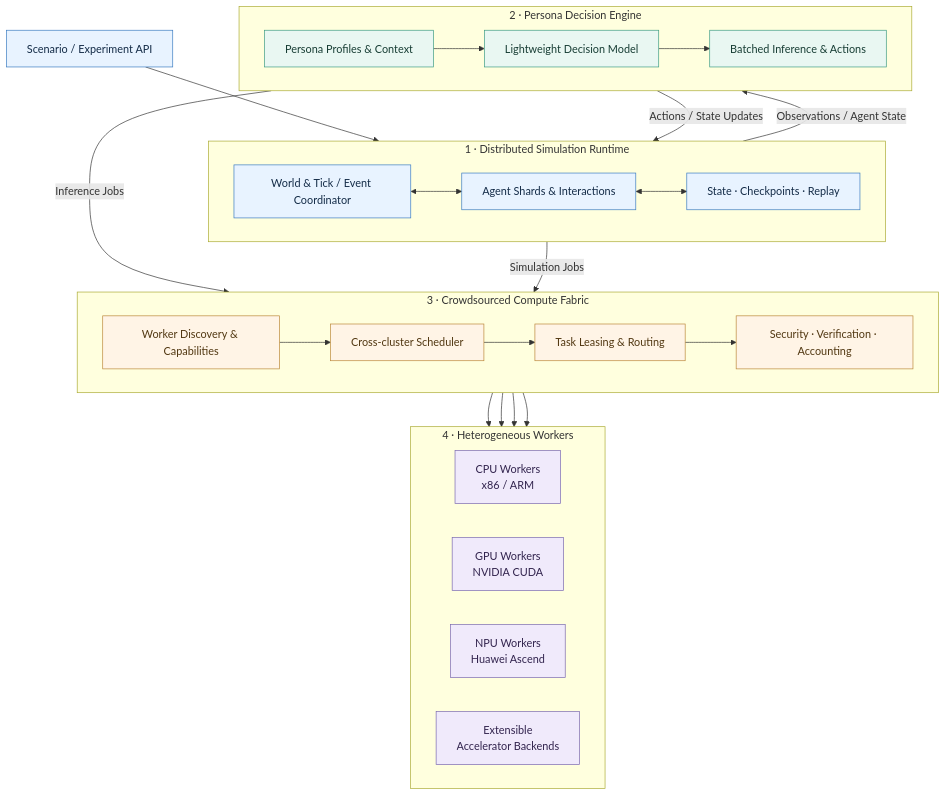
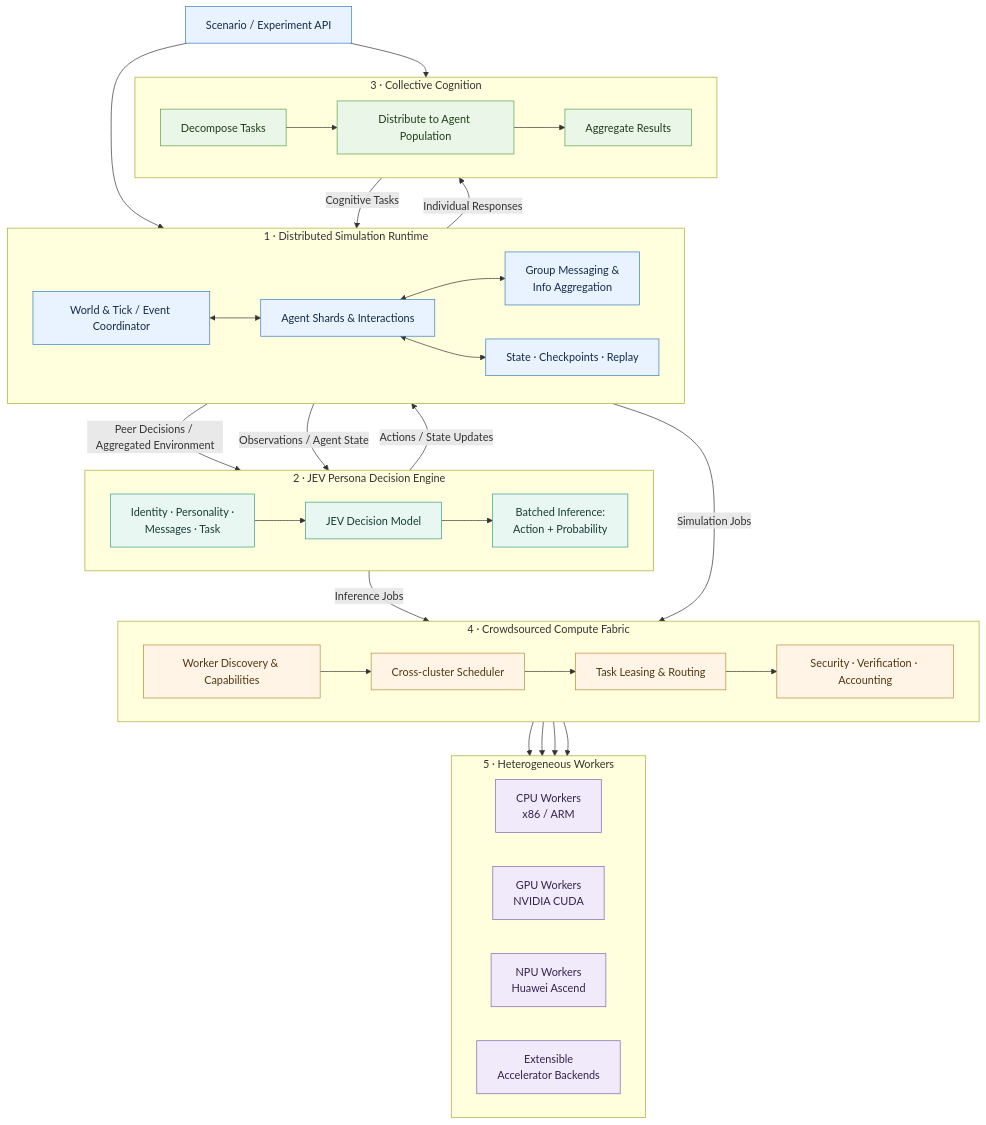
Before and after one commit to FreedomIntelligence/Pantheon: the diagram in README.md, drawn with Mermaid. The commit also changed other lines of this file and 1 other file, not shown here.

First line of the commit message:
docs: rewrite README — define JEV model I/O, add collective cognition pillar, NL simulation roadmap

````diff
--- a/README.md
+++ b/README.md
@@ -32,58 +33,74 @@
 ```mermaid
 flowchart TB
     SC["Scenario / Experiment API"]
 
     subgraph RUNTIME["1 · Distributed Simulation Runtime"]
       direction LR
       CORE["World & Tick / Event Coordinator"]
       SHARDS["Agent Shards & Interactions"]
+      MSG["Group Messaging &<br/>Info Aggregation"]
       STORE["State · Checkpoints · Replay"]
       CORE <--> SHARDS
+      SHARDS <--> MSG
       SHARDS <--> STORE
     end
 
-    subgraph PERSONA["2 · Persona Decision Engine"]
+    subgraph PERSONA["2 · JEV Persona Decision Engine"]
       direction LR
-      PROFILE["Persona Profiles & Context"]
-      POLICY["Lightweight Decision Model"]
-      INFER["Batched Inference & Actions"]
+      PROFILE["Identity · Personality ·<br/>Messages · Task"]
+      POLICY["JEV Decision Model"]
+      INFER["Batched Inference:<br/>Action + Probability"]
       PROFILE --> POLICY --> INFER
     end
 
-    subgraph FABRIC["3 · Crowdsourced Compute Fabric"]
+    subgraph COG["3 · Collective Cognition"]
+      direction LR
+      DECOMP["Decompose Tasks"]
+      DIST["Distribute to Agent Population"]
+      AGG["Aggregate Results"]
+      DECOMP --> DIST --> AGG
+    end
+
+    subgraph FABRIC["4 · Crowdsourced Compute Fabric"]
       direction LR
       DISCOVERY["Worker Discovery & Capabilities"]
       SCHED["Cross-cluster Scheduler"]
       LEASE["Task Leasing & Routing"]
       VERIFY["Security · Verification · Accounting"]
       DISCOVERY --> SCHED --> LEASE
       LEASE --> VERIFY
     end
 
-    subgraph WORKERS["4 · Heterogeneous Workers"]
+    subgraph WORKERS["5 · Heterogeneous Workers"]
       direction LR
       CPU["CPU Workers<br/>x86 / ARM"]
       NVIDIA["GPU Workers<br/>NVIDIA CUDA"]
       ASCEND["NPU Workers<br/>Huawei Ascend"]
       EXTRA["Extensible<br/>Accelerator Backends"]
     end
 
     SC --> CORE
+    SC --> DECOMP
+    DIST -->|"Cognitive Tasks"| SHARDS
+    SHARDS -->|"Individual Responses"| AGG
+    MSG -->|"Peer Decisions / Aggregated Environment"| PROFILE
     SHARDS -->|"Observations / Agent State"| PROFILE
     INFER -->|"Actions / State Updates"| CORE
     CORE -->|"Simulation Jobs"| SCHED
     INFER -->|"Inference Jobs"| SCHED
     LEASE --> CPU
     LEASE --> NVIDIA
     LEASE --> ASCEND
     LEASE --> EXTRA
 
     classDef control fill:#e8f3ff,stroke:#397ac0,color:#132b47,stroke-width:1px
     classDef persona fill:#e9f7f2,stroke:#3b9b83,color:#173d34,stroke-width:1px
+    classDef cognition fill:#eaf7e8,stroke:#5b9e4d,color:#1e3d17,stroke-width:1px
     classDef fabric fill:#fff4e6,stroke:#bb8739,color:#513711,stroke-width:1px
     classDef worker fill:#f0eafb,stroke:#7967af,color:#32244e,stroke-width:1px
-    class SC,CORE,SHARDS,STORE control
+    class SC,CORE,SHARDS,MSG,STORE control
     class PROFILE,POLICY,INFER persona
+    class DECOMP,DIST,AGG cognition
     class DISCOVERY,SCHED,LEASE,VERIFY fabric
     class CPU,NVIDIA,ASCEND,EXTRA worker
 ```
````
